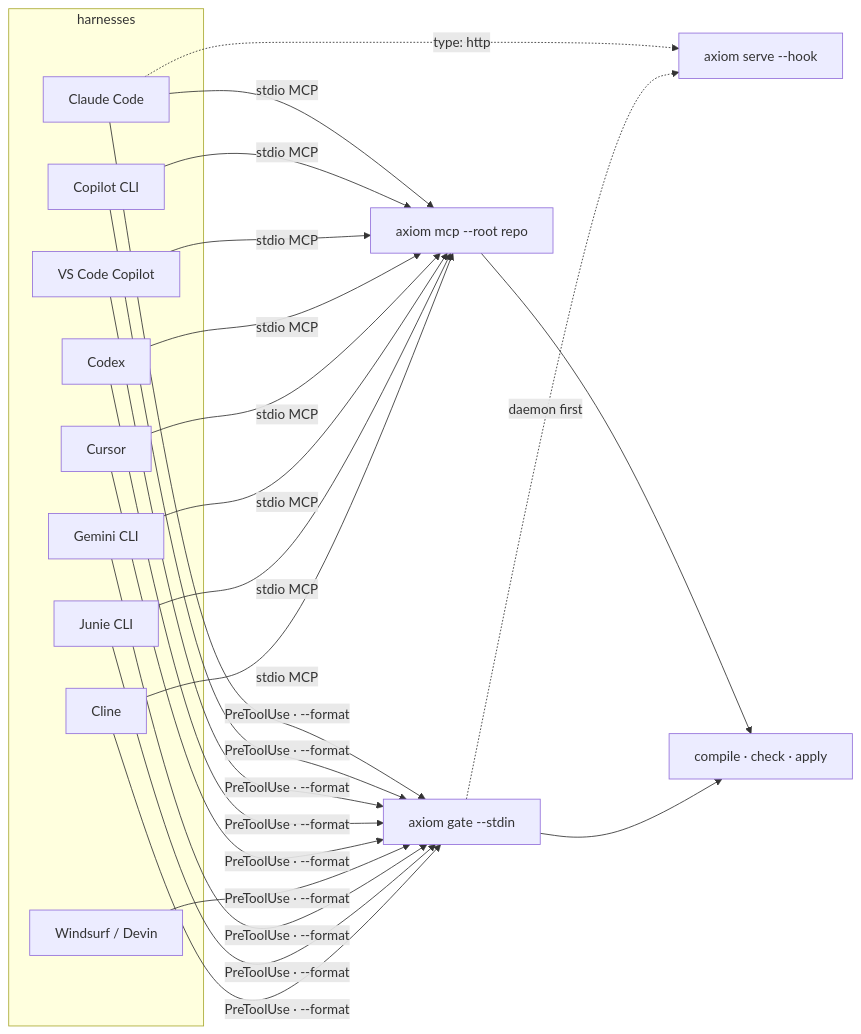
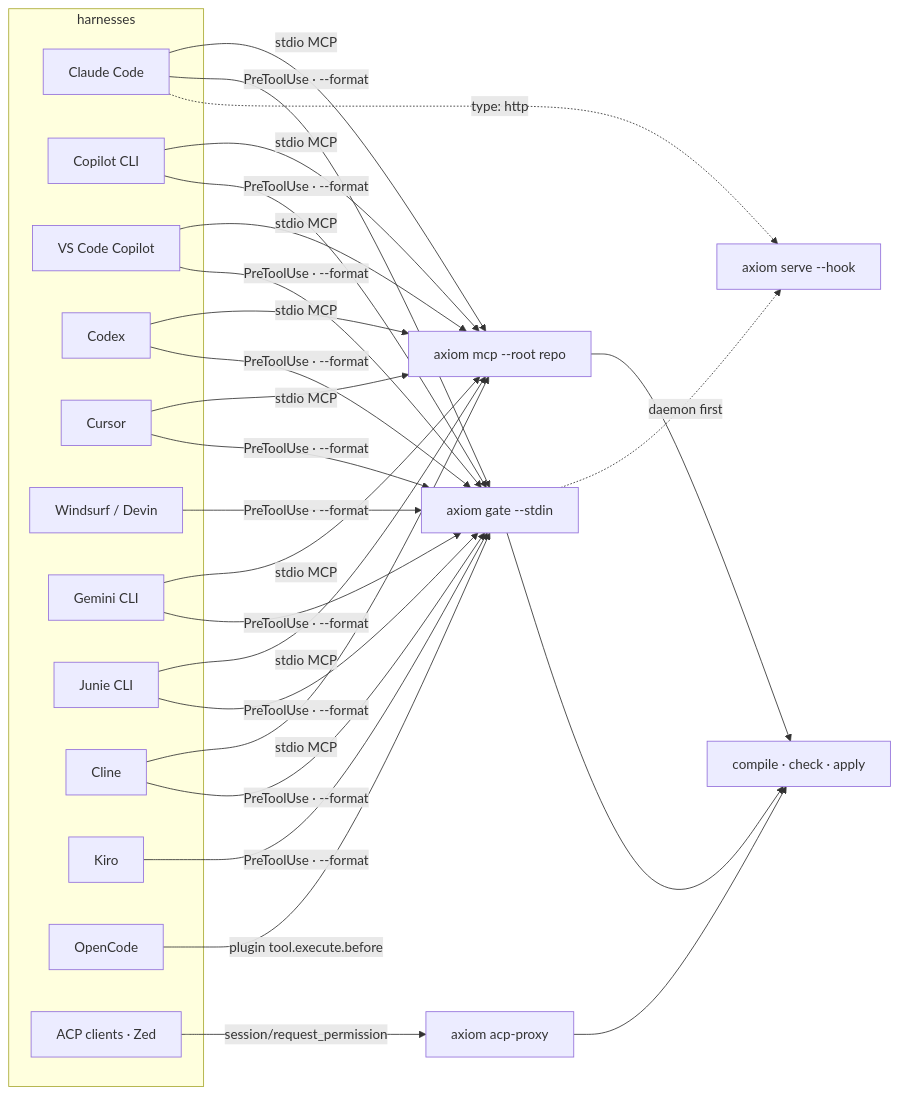
Before and after one commit to dragoscv/axiom: the diagram in docs/integration/harnesses.md, drawn with Mermaid. The commit also changed other lines of this file and 308 other files, not shown here.

````diff
--- a/docs/integration/harnesses.md
+++ b/docs/integration/harnesses.md
@@ -11,20 +11,28 @@
 ```mermaid
 flowchart LR
+  accTitle: Harness wiring
+  accDescr: Each supported harness calls axiom gate through its own hook file and output contract.
   subgraph harnesses
     CC[Claude Code]
     CP[Copilot CLI]
     VS[VS Code Copilot]
     CX[Codex]
     CU[Cursor]
     WS[Windsurf / Devin]
     GM[Gemini CLI]
     JU[Junie CLI]
     CL[Cline]
+    KI[Kiro]
+    OC[OpenCode]
+    ACP[ACP clients · Zed]
   end
   CC & CP & VS & CX & CU & GM & JU & CL -->|stdio MCP| SRV[axiom mcp --root repo]
-  CC & CP & VS & CX & CU & WS & GM & JU & CL -->|"PreToolUse · --format"| GATE[axiom gate --stdin]
+  CC & CP & VS & CX & CU & WS & GM & JU & CL & KI -->|"PreToolUse · --format"| GATE[axiom gate --stdin]
+  OC -->|"plugin tool.execute.before"| GATE
+  ACP -->|"session/request_permission"| PX[axiom acp-proxy]
+  PX --> ENG
   CC -.->|"type: http"| D[axiom serve --hook]
   GATE -.->|"daemon first"| D
   SRV --> ENG[compile · check · apply]
   GATE --> ENG
 ```
````
